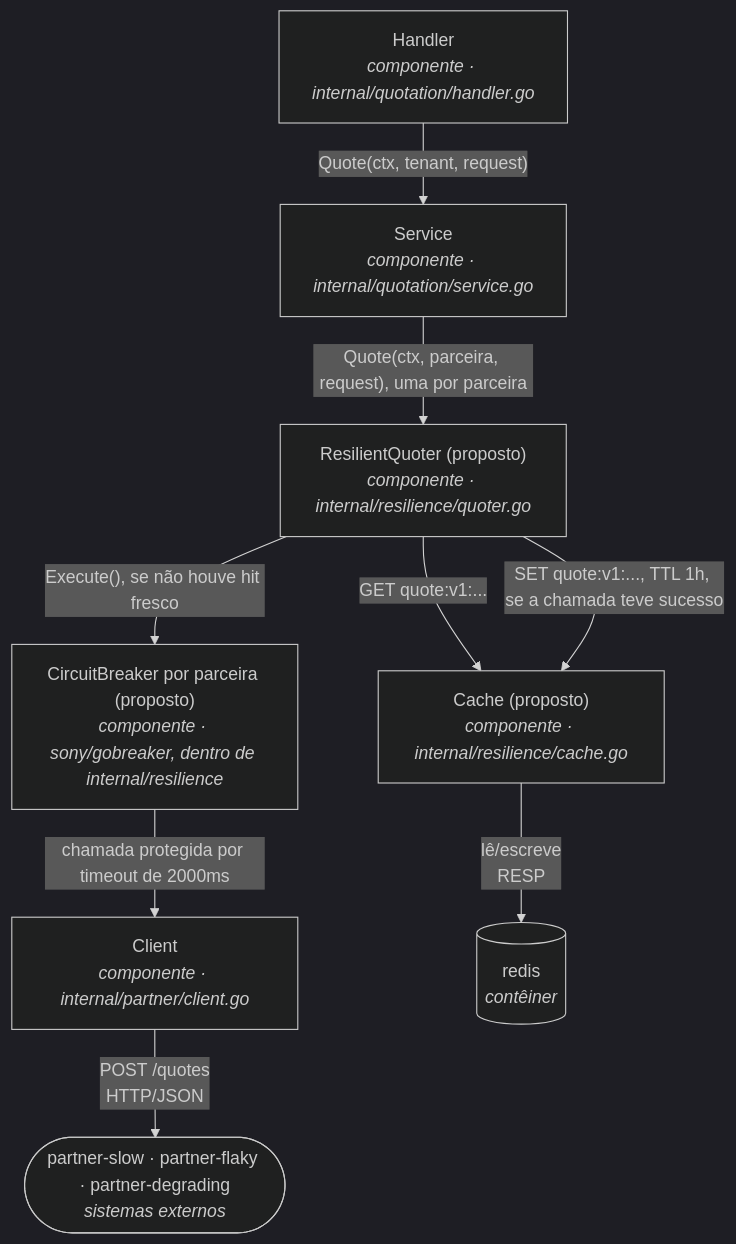
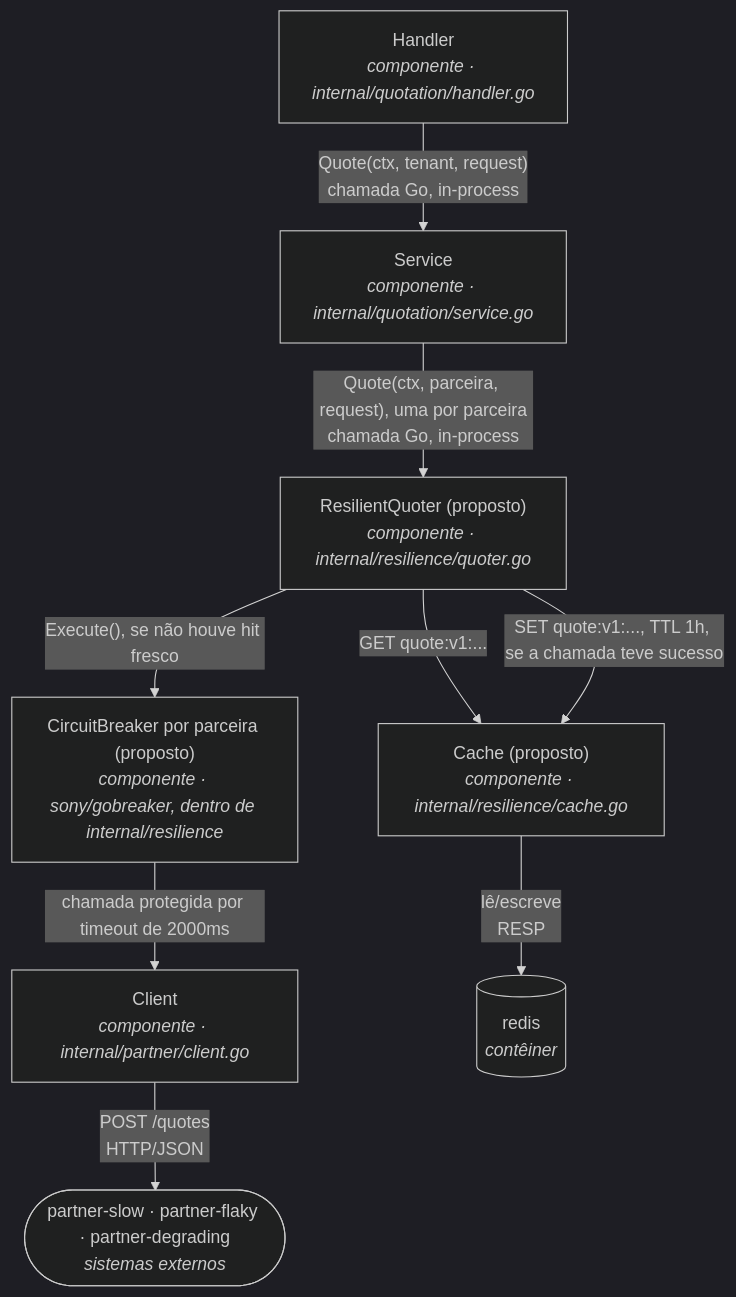
The fourth of 4 diagrams in docs/sad.md (Gleuton/mba_arquitetura_desafio_cotacao_seguros), drawn with Mermaid (dark theme) before and after one commit. The commit also changed other lines of this file, not shown here.

Commit message:
Docs: Refine SAD diagrams, metrics, and requirements for improved clarity

````diff
--- a/docs/sad.md
+++ b/docs/sad.md
@@ -283,20 +283,20 @@
 ```mermaid
 flowchart TB
   handler["Handler<br/><i>componente · internal/quotation/handler.go</i>"]
   service["Service<br/><i>componente · internal/quotation/service.go</i>"]
   resilient["ResilientQuoter (proposto)<br/><i>componente · internal/resilience/quoter.go</i>"]
   breaker["CircuitBreaker por parceira (proposto)<br/><i>componente · sony/gobreaker, dentro de internal/resilience</i>"]
   cache["Cache (proposto)<br/><i>componente · internal/resilience/cache.go</i>"]
   client["Client<br/><i>componente · internal/partner/client.go</i>"]
   redis[("redis<br/><i>contêiner</i>")]
   partners(["partner-slow · partner-flaky · partner-degrading<br/><i>sistemas externos</i>"])
 
-  handler -- "Quote(ctx, tenant, request)" --> service
-  service -- "Quote(ctx, parceira, request), uma por parceira" --> resilient
+  handler -- "Quote(ctx, tenant, request)<br/>chamada Go, in-process" --> service
+  service -- "Quote(ctx, parceira, request), uma por parceira<br/>chamada Go, in-process" --> resilient
   resilient -- "GET quote:v1:..." --> cache
   cache -- "lê/escreve<br/>RESP" --> redis
   resilient -- "Execute(), se não houve hit fresco" --> breaker
   breaker -- "chamada protegida por timeout de 2000ms" --> client
   client -- "POST /quotes<br/>HTTP/JSON" --> partners
   resilient -- "SET quote:v1:..., TTL 1h, se a chamada teve sucesso" --> cache
 ```
````
